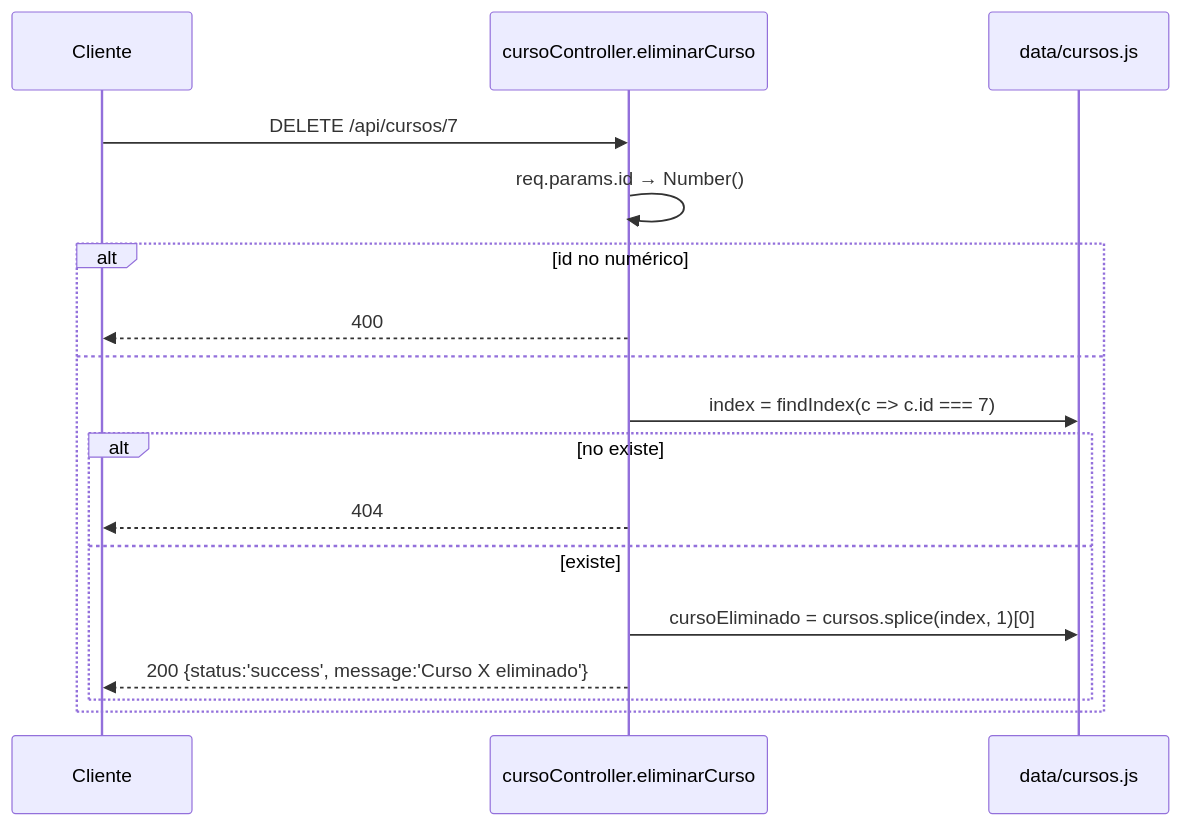
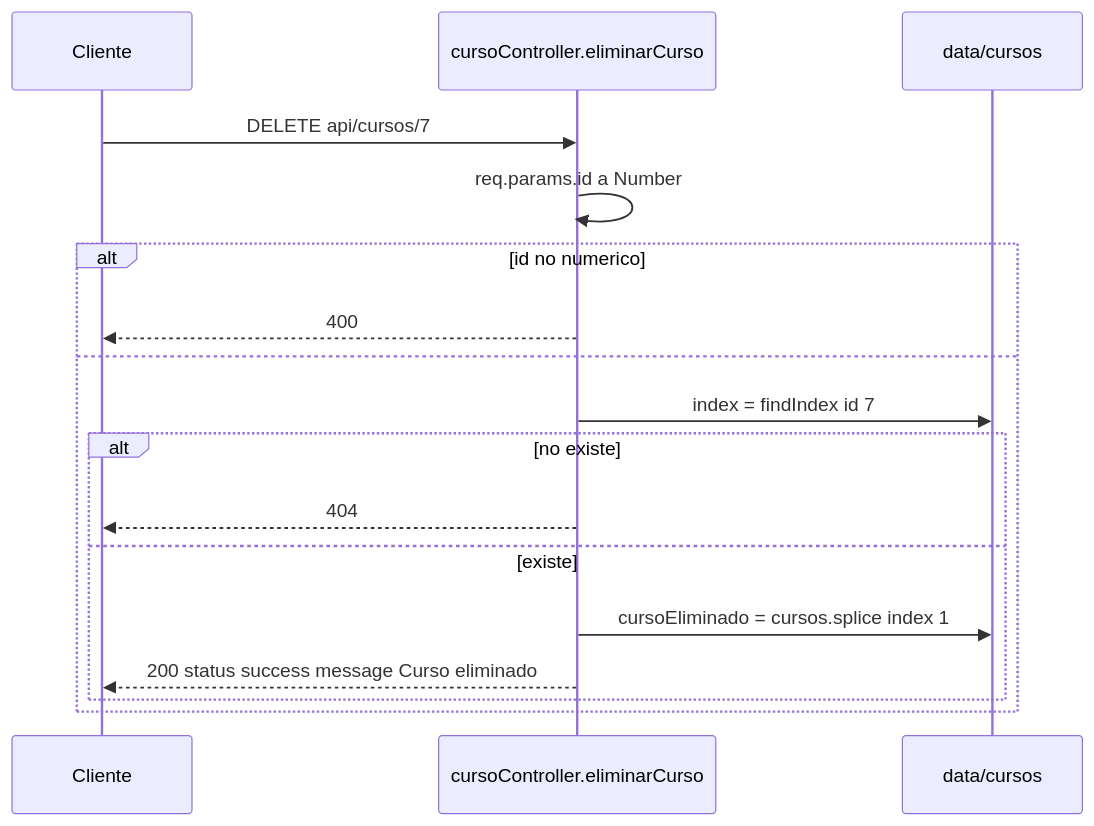
One commit to camiloSis/Programacion-Web-Systems changed the seventh of 11 diagrams in Lab06VersionIndividual/lab06-api-cursos/flujo.md. Above: the diagram before and after it, drawn with Mermaid. The commit also changed other lines of this file, not shown here.

````diff
--- a/Lab06VersionIndividual/lab06-api-cursos/flujo.md
+++ b/Lab06VersionIndividual/lab06-api-cursos/flujo.md
@@ -226,20 +226,20 @@
 ```mermaid
 sequenceDiagram
     participant C as Cliente
     participant CT as cursoController.eliminarCurso
-    participant DT as data/cursos.js
+    participant DT as data/cursos
 
-    C->>CT: DELETE /api/cursos/7
-    CT->>CT: req.params.id → Number()
-    alt id no numérico
+    C->>CT: DELETE api/cursos/7
+    CT->>CT: req.params.id a Number
+    alt id no numerico
         CT-->>C: 400
     else
-        CT->>DT: index = findIndex(c => c.id === 7)
+        CT->>DT: index = findIndex id 7
         alt no existe
             CT-->>C: 404
         else existe
-            CT->>DT: cursoEliminado = cursos.splice(index, 1)[0]
-            CT-->>C: 200 {status:'success', message:'Curso X eliminado'}
+            CT->>DT: cursoEliminado = cursos.splice index 1
+            CT-->>C: 200 status success message Curso eliminado
         end
     end
 ```
````
